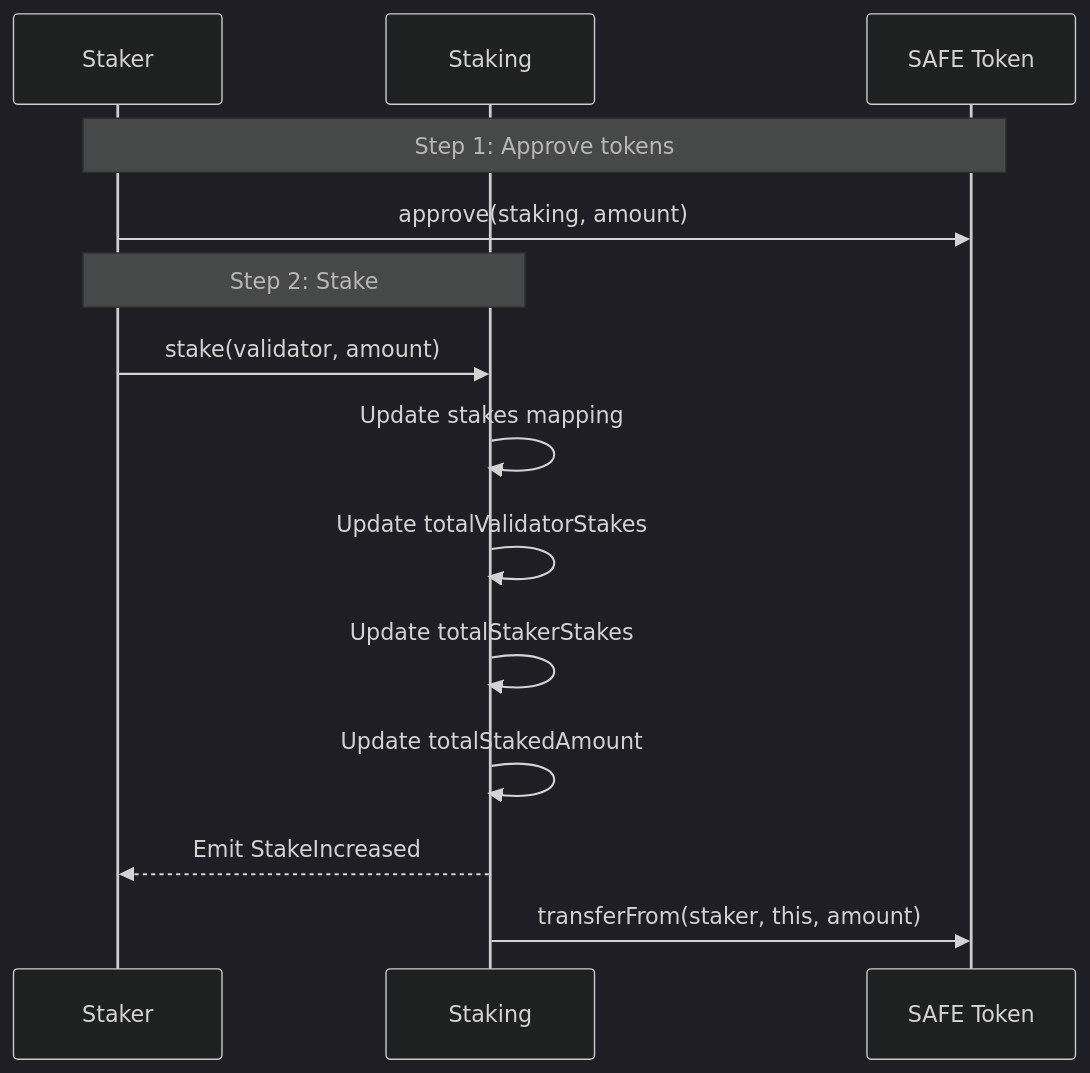
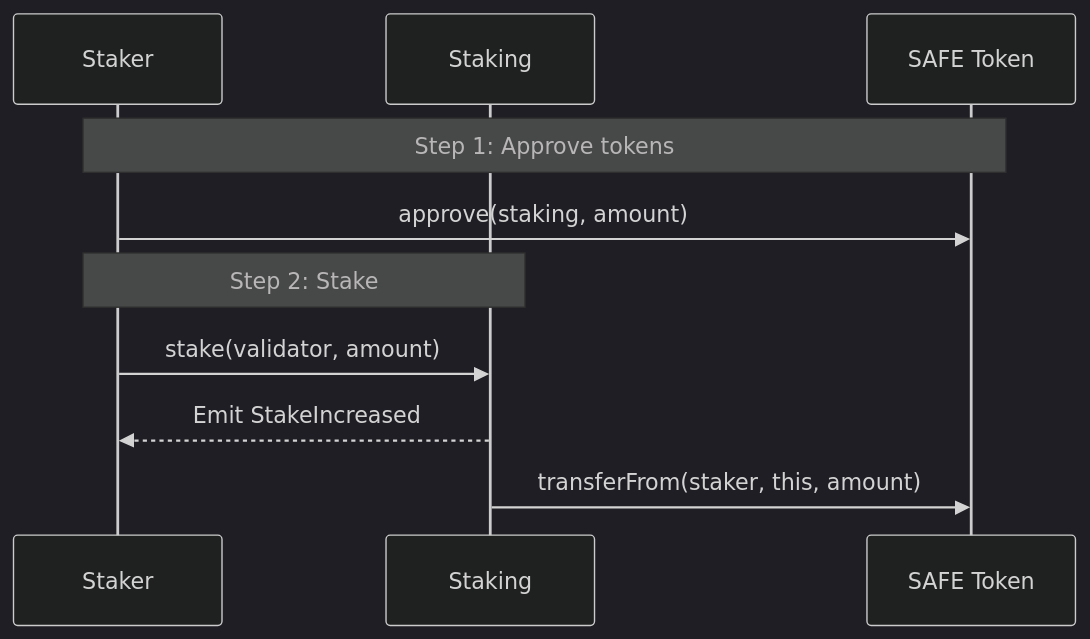
The first of 3 diagrams in safenet/protocol/staking.md (safe-fndn/safe-docs), drawn with Mermaid (dark theme) before and after one commit. The commit also changed other lines of this file and 4 other files, not shown here.

````diff
--- a/safenet/protocol/staking.md
+++ b/safenet/protocol/staking.md
@@ -40,18 +40,14 @@
 ```mermaid
 sequenceDiagram
     participant Staker
     participant Staking
     participant SAFE Token
     
     Note over Staker,SAFE Token: Step 1: Approve tokens
     Staker->>SAFE Token: approve(staking, amount)
     
     Note over Staker,Staking: Step 2: Stake
     Staker->>Staking: stake(validator, amount)
-    Staking->>Staking: Update stakes mapping
-    Staking->>Staking: Update totalValidatorStakes
-    Staking->>Staking: Update totalStakerStakes
-    Staking->>Staking: Update totalStakedAmount
     Staking-->>Staker: Emit StakeIncreased
     Staking->>SAFE Token: transferFrom(staker, this, amount)
 ```
````
